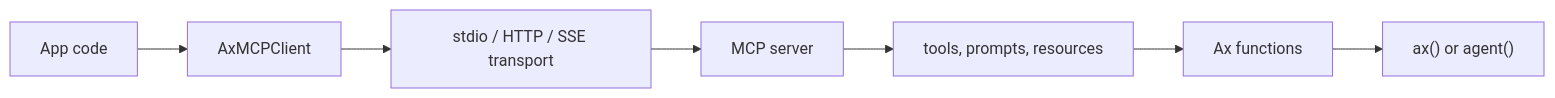
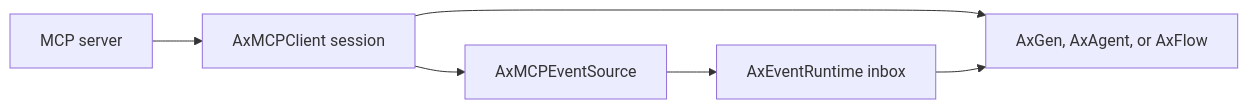
One commit to ax-llm/ax changed the diagram in website/content-src/templates/concept-mcp.md. Above: the diagram before and after it, drawn with Mermaid. The commit also changed other lines of this file and 52 other files, not shown here.

Commit message:
feat(event): add verified UCP webhook runtime

````diff
--- a/website/content-src/templates/concept-mcp.md
+++ b/website/content-src/templates/concept-mcp.md
@@ -11,9 +7,8 @@
 ```mermaid
 flowchart LR
-  App["App code"] --> Client["AxMCPClient"]
-  Client --> Transport["stdio / HTTP / SSE transport"]
-  Transport --> Server["MCP server"]
-  Server --> Capabilities["tools, prompts, resources"]
-  Capabilities --> Functions["Ax functions"]
-  Functions --> Program["ax() or agent()"]
+  Server["MCP server"] --> Session["AxMCPClient session"]
+  Session --> Program["AxGen, AxAgent, or AxFlow"]
+  Session --> Events["AxMCPEventSource"]
+  Events --> Inbox["AxEventRuntime inbox"]
+  Inbox --> Program
 ```
````
